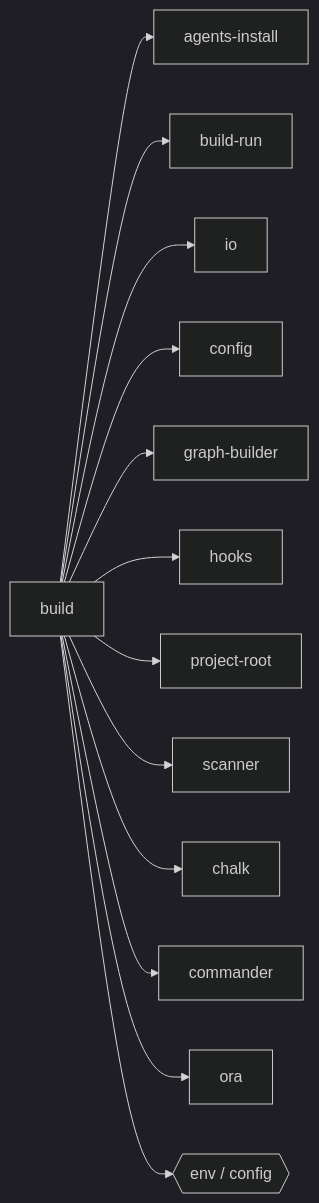
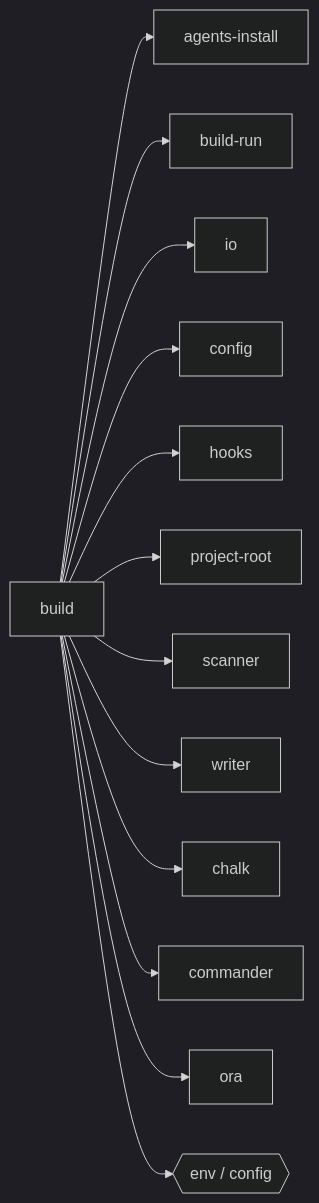
One commit to hellhellpnick/context-graph changed the diagram in .cursor/rules/ctxgraph--src-cli-commands-build.mdc. Above: the diagram before and after it, drawn with Mermaid (dark theme). The commit also changed other lines of this file and 200 other files, not shown here.

````diff
--- a/.cursor/rules/ctxgraph--src-cli-commands-build.mdc
+++ b/.cursor/rules/ctxgraph--src-cli-commands-build.mdc
@@ -14,16 +14,16 @@
 ```mermaid
 graph LR
   build[build]
   build --> agents_install[agents-install]
   build --> build_run[build-run]
   build --> io[io]
   build --> config[config]
-  build --> graph_builder[graph-builder]
   build --> hooks[hooks]
   build --> project_root[project-root]
   build --> scanner[scanner]
+  build --> writer[writer]
   build --> chalk["chalk"]
   build --> commander["commander"]
   build --> ora["ora"]
   build --> ENV{{"env / config"}}
 ```
````
